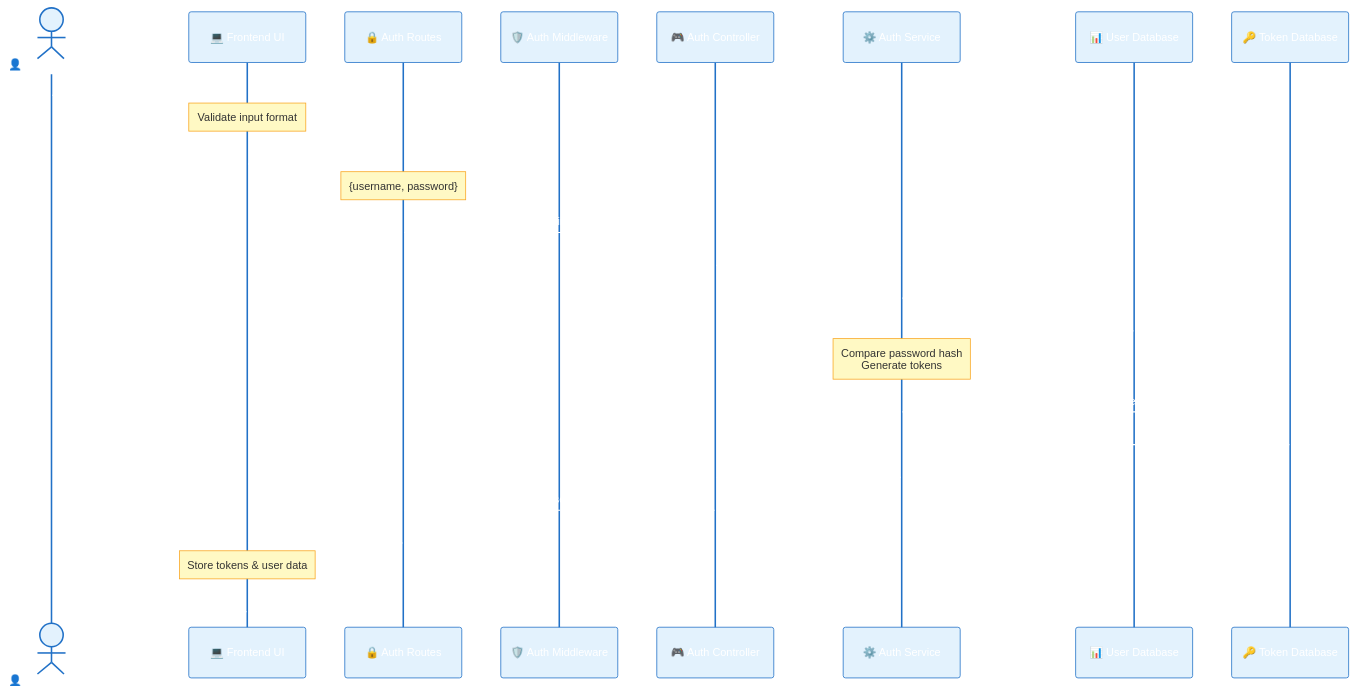
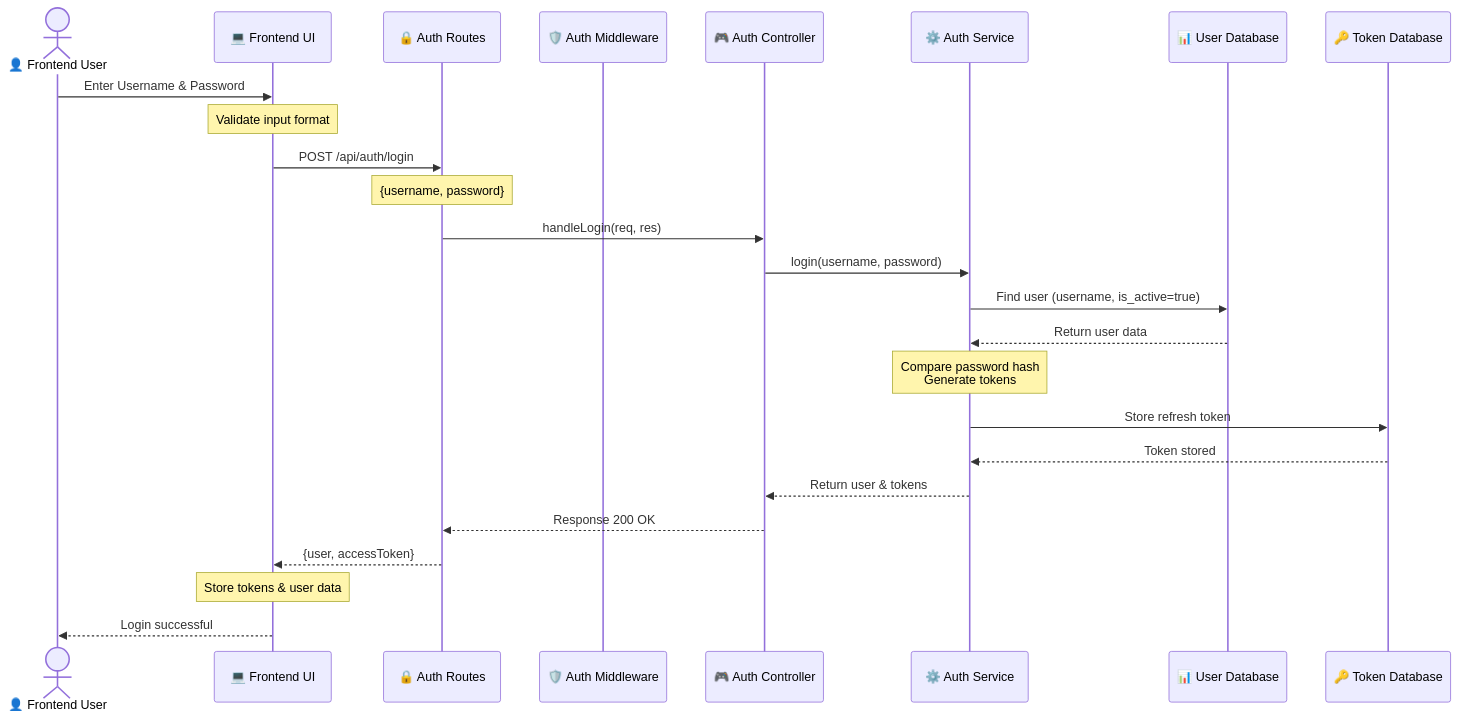
One commit to LoGGGG2402/computer-management-system changed the first of 16 diagrams in backend/docs/flow.md. Above: the diagram before and after it, drawn with Mermaid. The commit also changed other lines of this file and 60 other files, not shown here.

````diff
--- a/backend/docs/flow.md
+++ b/backend/docs/flow.md
@@ -13,53 +5,34 @@
 ```mermaid
-%%{init: {
-    'theme': 'base',
-    'themeVariables': {
-        'primaryColor': '#4a90e2',
-        'primaryTextColor': '#ffffff',
-        'primaryBorderColor': '#2171c7',
-        'secondaryColor': '#82b1ff',
-        'tertiaryColor': '#b6e3ff',
-        'noteTextColor': '#333',
-        'noteBkgColor': '#fff9c4',
-        'noteBorderColor': '#f9a825',
-        'actorBkg': '#e3f2fd',
-        'actorBorder': '#2171c7',
-        'sequenceNumberColor': '#333'
-    },
-    'fontFamily': 'Arial',
-    'fontSize': '14px'
-}}%%
-
 sequenceDiagram
     actor FrontendUser as 👤 Frontend User
     participant FE as 💻 Frontend UI
     participant BE_AuthRoutes as 🔒 Auth Routes
     participant AuthMiddleware as 🛡️ Auth Middleware
     participant AuthController as 🎮 Auth Controller
     participant AuthService as ⚙️ Auth Service
     participant UserDB as 📊 User Database
     participant RefreshTokenDB as 🔑 Token Database
 
     FrontendUser->>FE: Enter Username & Password
     Note over FE: Validate input format
-    
+
     FE->>BE_AuthRoutes: POST /api/auth/login
     Note over BE_AuthRoutes: {username, password}
-    
+
     BE_AuthRoutes->>AuthController: handleLogin(req, res)
     AuthController->>AuthService: login(username, password)
-    
+
     AuthService->>UserDB: Find user (username, is_active=true)
     UserDB-->>AuthService: Return user data
-    
+
     Note over AuthService: Compare password hash<br/>Generate tokens
     AuthService->>RefreshTokenDB: Store refresh token
     RefreshTokenDB-->>AuthService: Token stored
-    
+
     AuthService-->>AuthController: Return user & tokens
     AuthController-->>BE_AuthRoutes: Response 200 OK
     BE_AuthRoutes-->>FE: {user, accessToken}
-    
+
     Note over FE: Store tokens & user data
     FE-->>FrontendUser: Login successful
 ```
````
